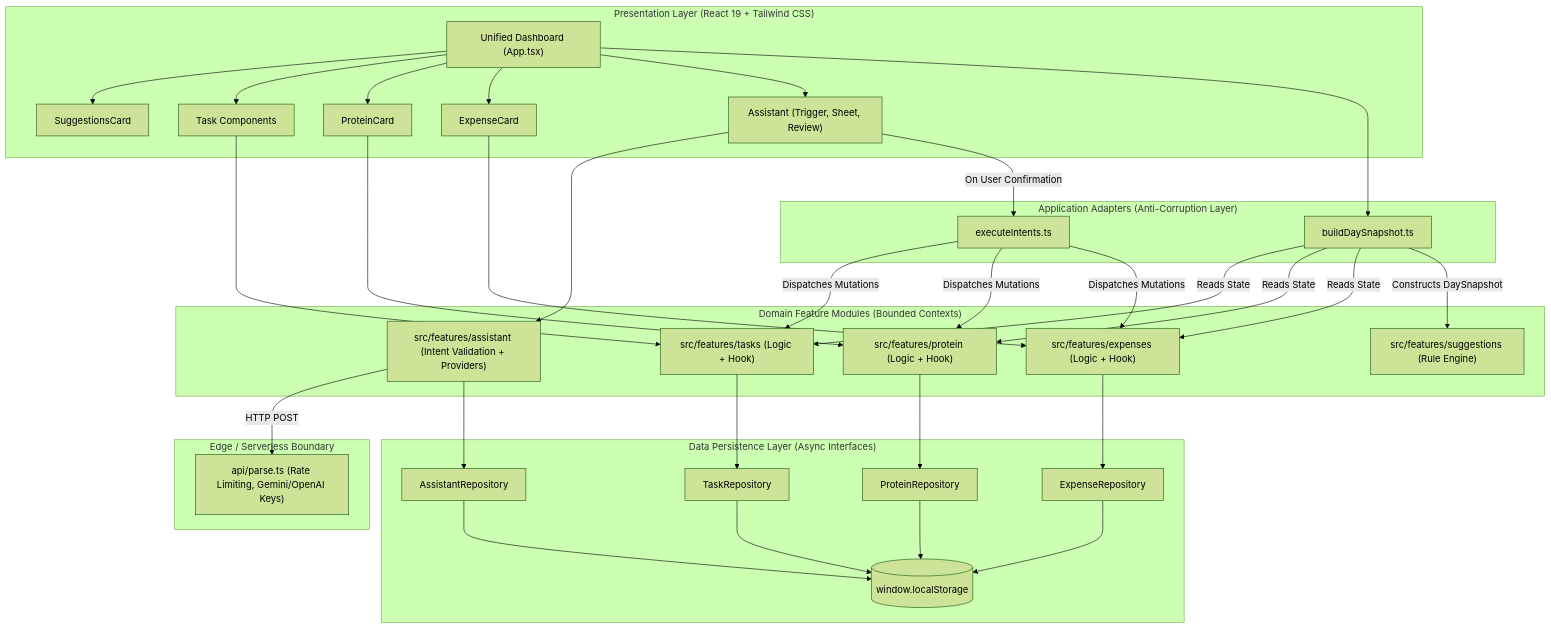
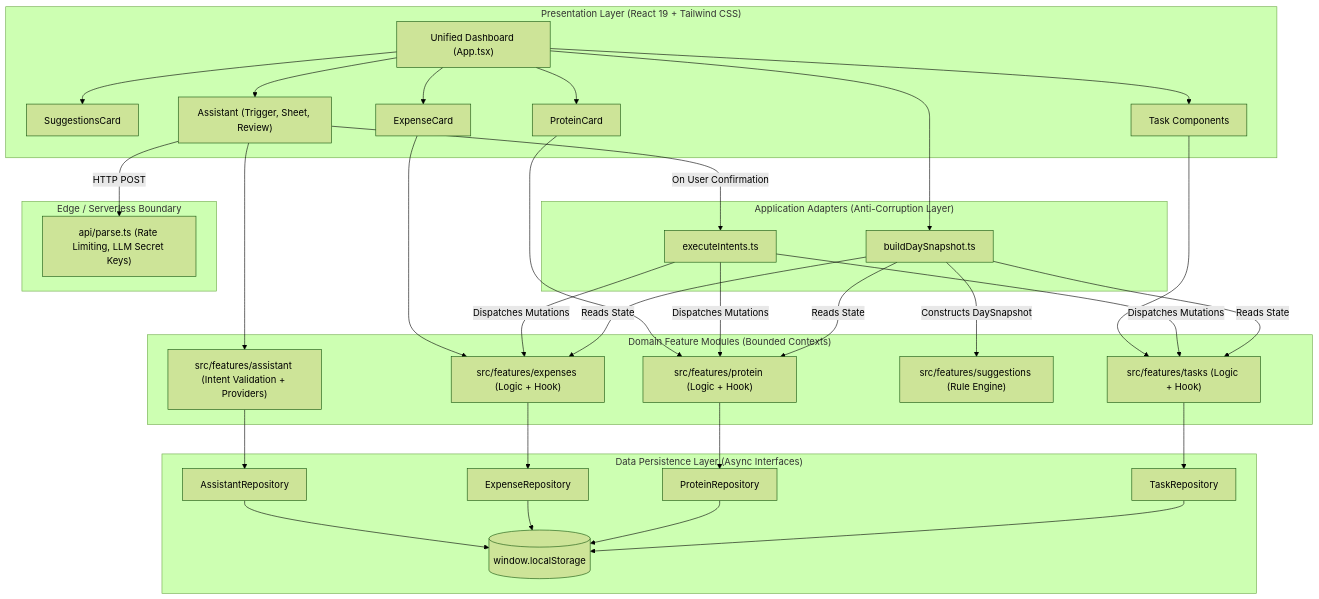
The diagram in README.md (nitinbhhardwaj/campus-compass), drawn with Mermaid (forest theme) before and after one commit. The commit also changed other lines of this file and 14 other files, not shown here.

````diff
--- a/README.md
+++ b/README.md
@@ -68,69 +66,69 @@
 ```mermaid
 flowchart TD
     subgraph UI ["Presentation Layer (React 19 + Tailwind CSS)"]
         TodayView["Unified Dashboard (App.tsx)"]
         SugCard["SuggestionsCard"]
         TaskComp["Task Components"]
         ProtComp["ProteinCard"]
         ExpComp["ExpenseCard"]
         AssistUI["Assistant (Trigger, Sheet, Review)"]
     end
 
     subgraph AdapterLayer ["Application Adapters (Anti-Corruption Layer)"]
         Adapter["buildDaySnapshot.ts"]
         ExecAdapter["executeIntents.ts"]
     end
 
     subgraph Features ["Domain Feature Modules (Bounded Contexts)"]
         Tasks["src/features/tasks (Logic + Hook)"]
         Protein["src/features/protein (Logic + Hook)"]
         Expenses["src/features/expenses (Logic + Hook)"]
         Suggestions["src/features/suggestions (Rule Engine)"]
         Assistant["src/features/assistant (Intent Validation + Providers)"]
     end
 
     subgraph EdgeBackend ["Edge / Serverless Boundary"]
-        ServerlessParse["api/parse.ts (Rate Limiting, Gemini/OpenAI Keys)"]
+        ServerlessParse["api/parse.ts (Rate Limiting, LLM Secret Keys)"]
     end
 
     subgraph Repositories ["Data Persistence Layer (Async Interfaces)"]
         TaskRepo["TaskRepository"]
         ProteinRepo["ProteinRepository"]
         ExpenseRepo["ExpenseRepository"]
         AssistRepo["AssistantRepository"]
         Storage[("window.localStorage")]
     end
 
     TodayView --> SugCard
     TodayView --> TaskComp
     TodayView --> ProtComp
     TodayView --> ExpComp
     TodayView --> AssistUI
 
     TodayView --> Adapter
     Adapter -->|Reads State| Tasks
     Adapter -->|Reads State| Protein
     Adapter -->|Reads State| Expenses
     Adapter -->|Constructs DaySnapshot| Suggestions
 
     AssistUI --> Assistant
-    Assistant -->|HTTP POST| ServerlessParse
+    AssistUI -->|HTTP POST| ServerlessParse
     AssistUI -->|On User Confirmation| ExecAdapter
     ExecAdapter -->|Dispatches Mutations| Tasks
     ExecAdapter -->|Dispatches Mutations| Protein
     ExecAdapter -->|Dispatches Mutations| Expenses
 
     TaskComp --> Tasks
     ProtComp --> Protein
     ExpComp --> Expenses
 
     Tasks --> TaskRepo
     Protein --> ProteinRepo
     Expenses --> ExpenseRepo
     Assistant --> AssistRepo
 
     TaskRepo --> Storage
     ProteinRepo --> Storage
     ExpenseRepo --> Storage
     AssistRepo --> Storage
 ```
````
